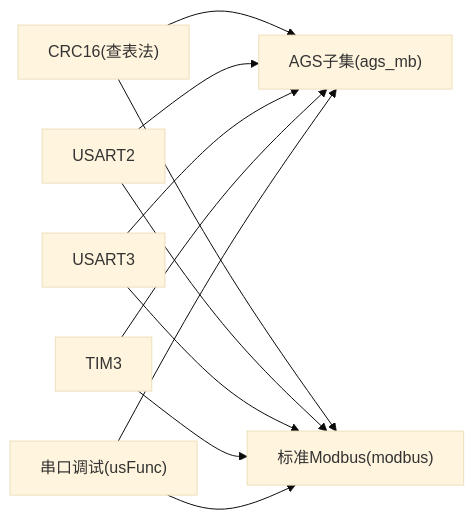
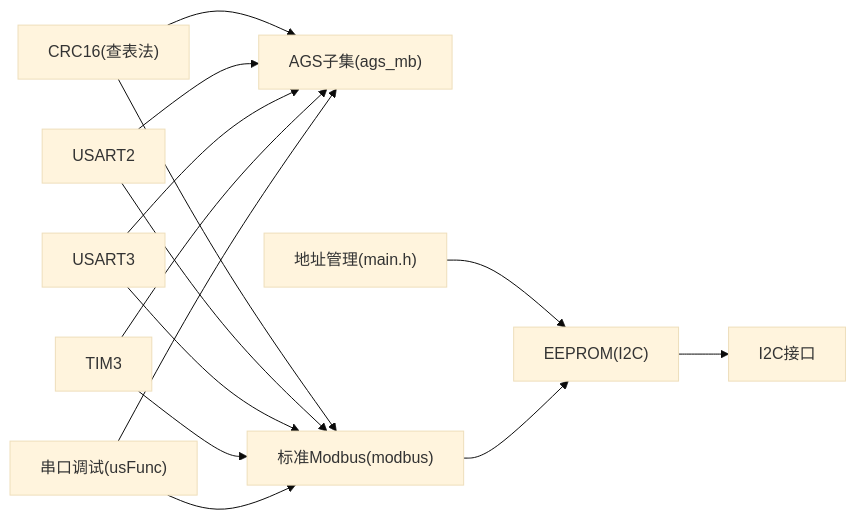
The sixth of 6 diagrams in .qoder/repowiki/zh/content/通信协议栈/Modbus协议实现.md (zym787/general-switcher), drawn with Mermaid (base theme) before and after one commit. The commit also changed other lines of this file and 2 other files, not shown here.

````diff
--- a/.qoder/repowiki/zh/content/通信协议栈/Modbus协议实现.md
+++ b/.qoder/repowiki/zh/content/通信协议栈/Modbus协议实现.md
@@ -259,13 +410,16 @@
 ```mermaid
 graph LR
 CRC["CRC16(查表法)"] --> AGS["AGS子集(ags_mb)"]
 CRC --> MOD["标准Modbus(modbus)"]
 USART2["USART2"] --> AGS
 USART3["USART3"] --> AGS
 USART2 --> MOD
 USART3 --> MOD
 TIM3["TIM3"] --> AGS
 TIM3 --> MOD
 UI["串口调试(usFunc)"] --> AGS
 UI --> MOD
+ADDR["地址管理(main.h)"] --> EEPROM["EEPROM(I2C)"]
+MOD --> EEPROM
+EEPROM --> I2C["I2C接口"]
 ```
````
